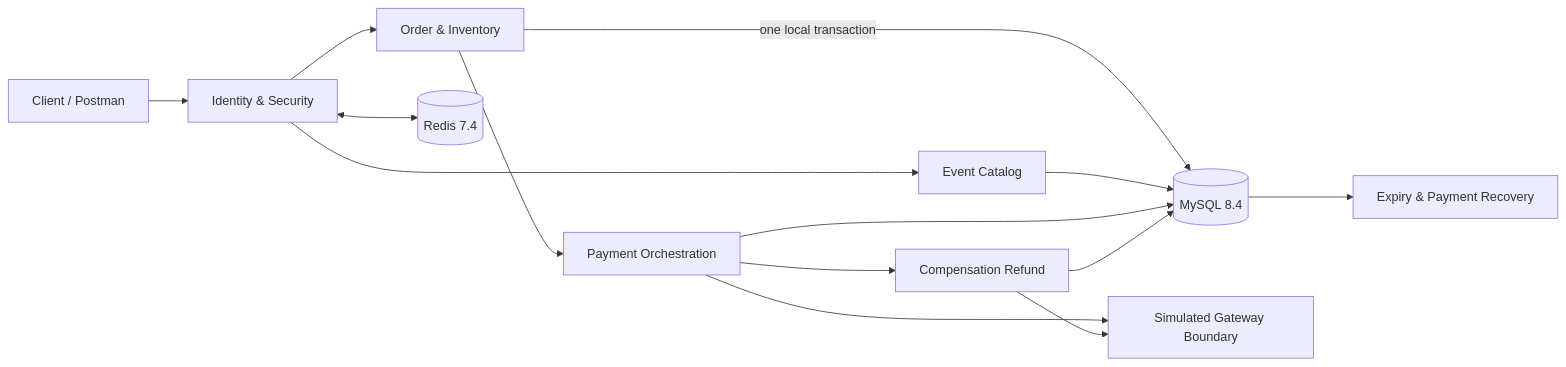
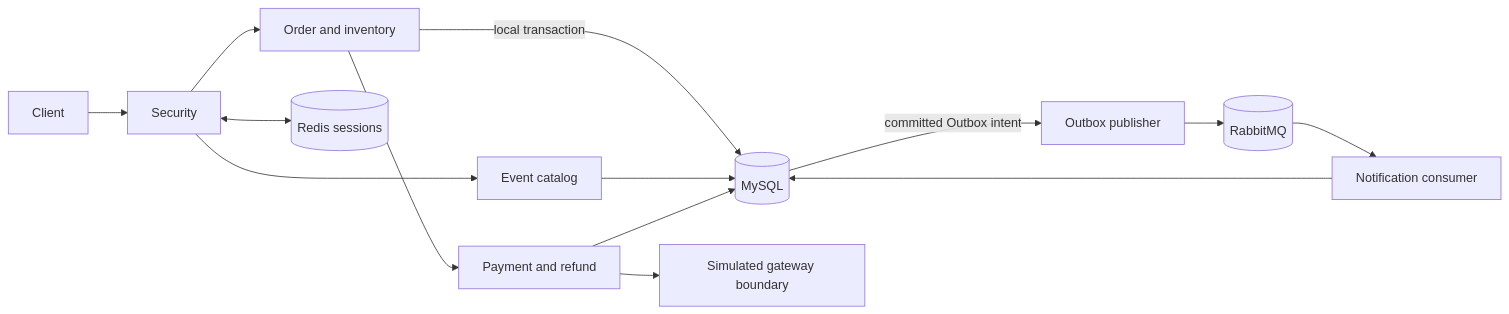
The diagram in README.en.md (ctmd1234567/event-ticketing-platform), drawn with Mermaid before and after one commit. The commit also changed other lines of this file and 97 other files, not shown here.

Commit message:
Finalize Event Ticketing showcase and bounded order performance

````diff
--- a/README.en.md
+++ b/README.en.md
@@ -32,16 +29,16 @@
 ```mermaid
 flowchart LR
-    Client[Client / Postman] --> Security[Identity & Security]
-    Security --> Catalog[Event Catalog]
-    Security --> Order[Order & Inventory]
-    Order -->|one local transaction| MySQL[(MySQL 8.4)]
-    Catalog --> MySQL
-    Order --> Payment[Payment Orchestration]
-    Payment --> Gateway[Simulated Gateway Boundary]
-    Payment --> Compensation[Compensation Refund]
-    Payment --> MySQL
-    Compensation --> Gateway
-    Compensation --> MySQL
-    MySQL --> Recovery[Expiry & Payment Recovery]
-    Security <--> Redis[(Redis 7.4)]
+    C[Client] --> S[Security]
+    S --> E[Event catalog]
+    S --> O[Order and inventory]
+    O -->|local transaction| D[(MySQL)]
+    E --> D
+    S <--> R[(Redis sessions)]
+    O --> P[Payment and refund]
+    P --> G[Simulated gateway boundary]
+    P --> D
+    D -->|committed Outbox intent| X[Outbox publisher]
+    X --> M[(RabbitMQ)]
+    M --> N[Notification consumer]
+    N --> D
 ```
````
